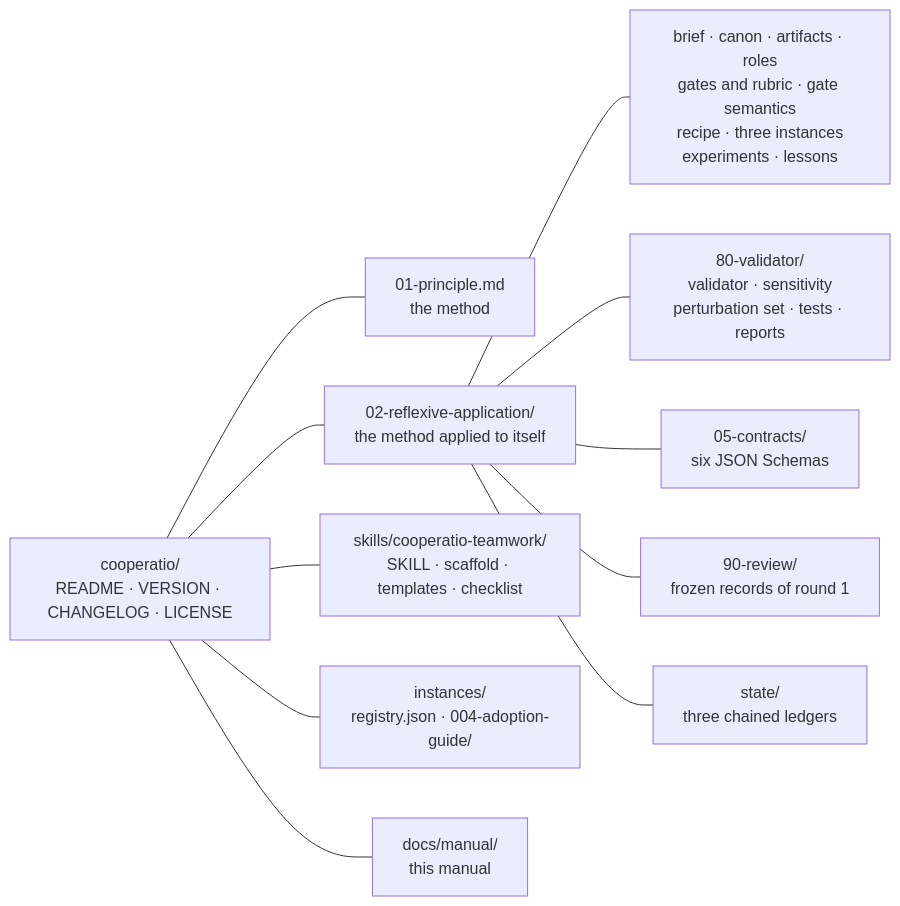
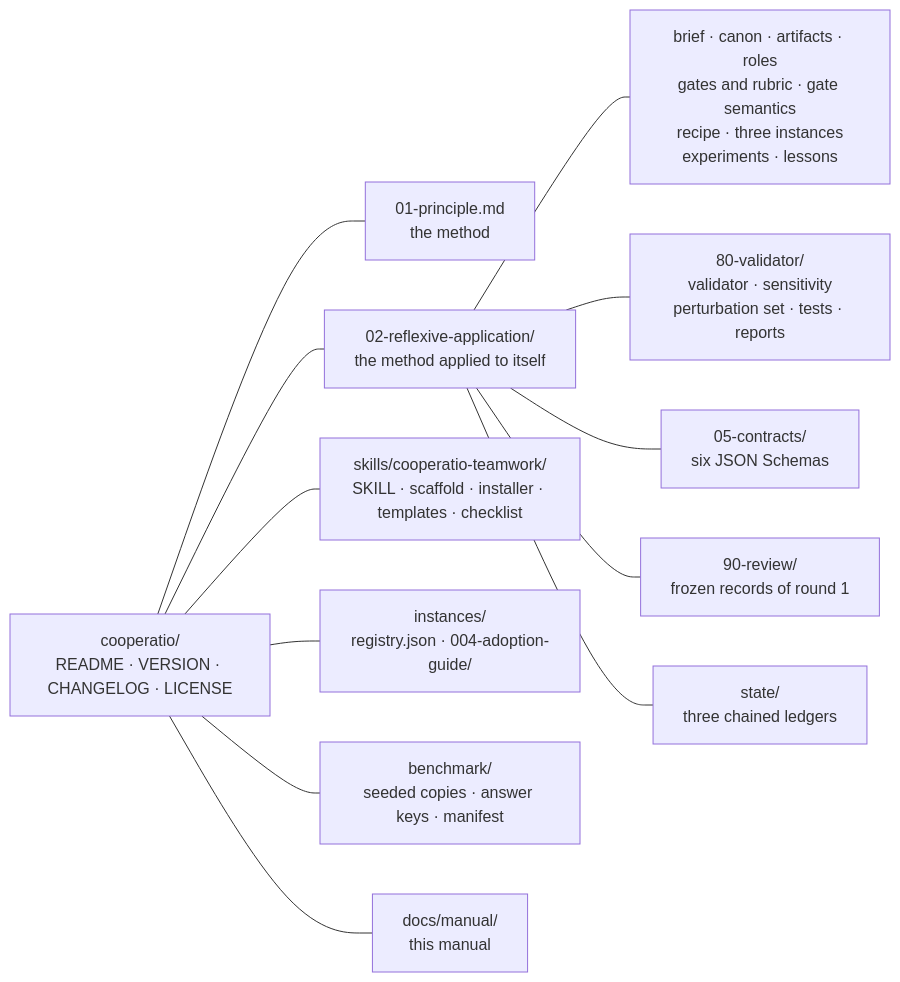
Before and after one commit to thiago-carneiro/cooperatio: the diagram in docs/manual/src/10-purpose.md, drawn with Mermaid. The commit also changed other lines of this file and 20 other files, not shown here.

````diff
--- a/docs/manual/src/10-purpose.md
+++ b/docs/manual/src/10-purpose.md
@@ -62,26 +64,28 @@
 ```mermaid
 %% name: material-map
 %% caption: The folders of the material and what each one holds.
 flowchart LR
   root["cooperatio/<br/>README · VERSION · CHANGELOG · LICENSE"]
   principle["01-principle.md<br/>the method"]
   ra["02-reflexive-application/<br/>the method applied to itself"]
   docs["brief · canon · artifacts · roles<br/>gates and rubric · gate semantics<br/>recipe · three instances<br/>experiments · lessons"]
   code["80-validator/<br/>validator · sensitivity<br/>perturbation set · tests · reports"]
   contracts["05-contracts/<br/>six JSON Schemas"]
   review["90-review/<br/>frozen records of round 1"]
   state["state/<br/>three chained ledgers"]
-  skill["skills/cooperatio-teamwork/<br/>SKILL · scaffold · templates · checklist"]
+  skill["skills/cooperatio-teamwork/<br/>SKILL · scaffold · installer · templates · checklist"]
   inst["instances/<br/>registry.json · 004-adoption-guide/"]
+  bench["benchmark/<br/>seeded copies · answer keys · manifest"]
   man["docs/manual/<br/>this manual"]
   root --- principle
   root --- ra
   root --- skill
   root --- inst
+  root --- bench
   root --- man
   ra --- docs
   ra --- code
   ra --- contracts
   ra --- review
   ra --- state
 ```
````
